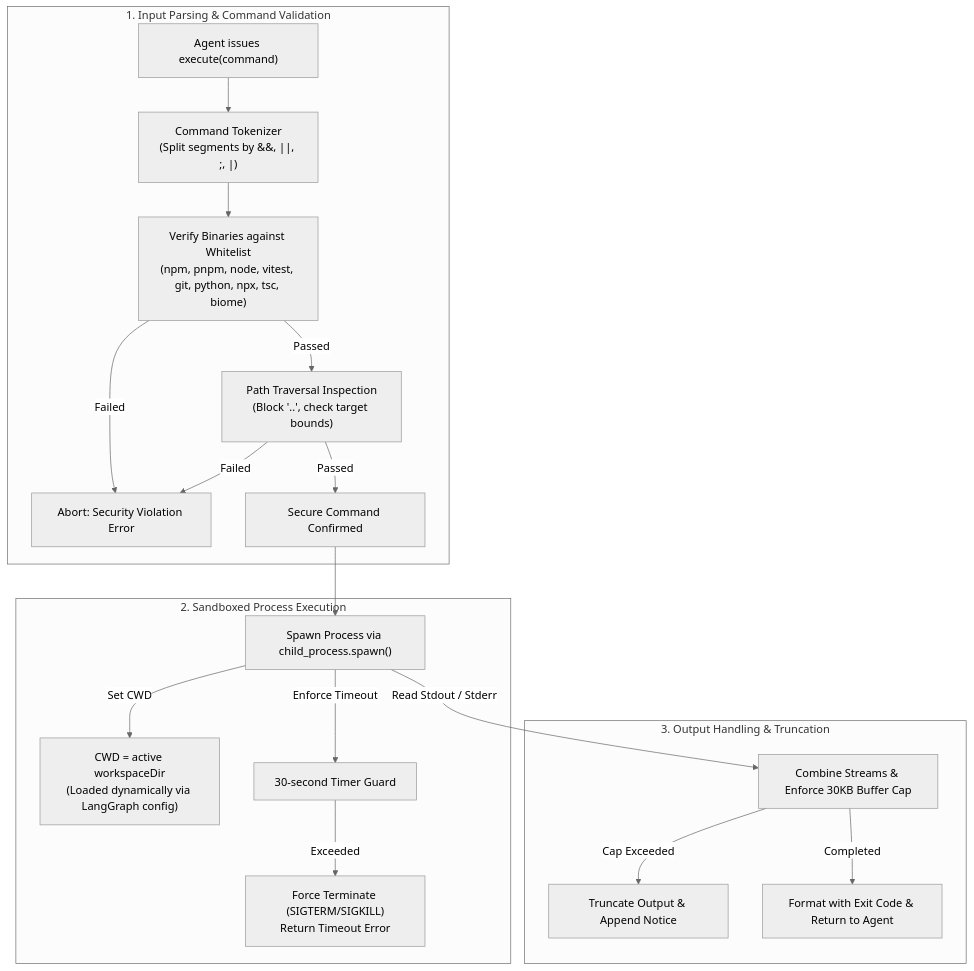
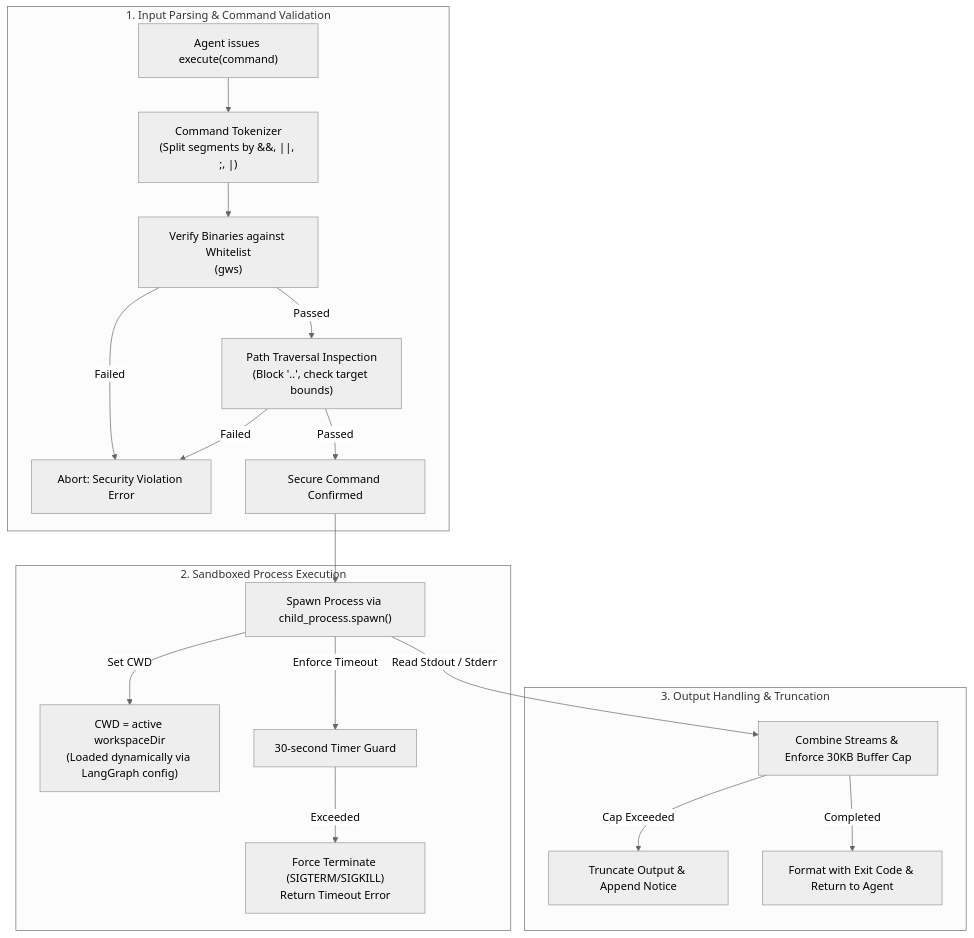
One commit to zAcherttp/miniclaw changed the second of 2 diagrams in docs/features.md. Above: the diagram before and after it, drawn with Mermaid (neutral theme). The commit also changed other lines of this file and 6 other files, not shown here.

````diff
--- a/docs/features.md
+++ b/docs/features.md
@@ -225,24 +225,24 @@
     ```mermaid
     graph TD
         subgraph Input_Processing["1. Input Parsing & Command Validation"]
             A["Agent issues execute(command)"] --> B["Command Tokenizer<br/>(Split segments by &&, ||, ;, |)"]
-            B --> C["Verify Binaries against Whitelist<br/>(npm, pnpm, node, vitest, git, python, npx, tsc, biome)"]
+            B --> C["Verify Binaries against Whitelist<br/>(gws)"]
             C -->|Failed| D["Abort: Security Violation Error"]
             C -->|Passed| E["Path Traversal Inspection<br/>(Block '..', check target bounds)"]
             E -->|Failed| D
             E -->|Passed| F["Secure Command Confirmed"]
         end
 
         subgraph Process_Execution["2. Sandboxed Process Execution"]
             F --> G["Spawn Process via child_process.spawn()"]
             G -->|Set CWD| H["CWD = active workspaceDir<br/>(Loaded dynamically via LangGraph config)"]
             G -->|Enforce Timeout| I["30-second Timer Guard"]
             I -->|Exceeded| J["Force Terminate (SIGTERM/SIGKILL)<br/>Return Timeout Error"]
         end
 
         subgraph Output_Sanitization["3. Output Handling & Truncation"]
             G -->|Read Stdout / Stderr| K["Combine Streams & Enforce 30KB Buffer Cap"]
             K -->|Cap Exceeded| L["Truncate Output & Append Notice"]
             K -->|Completed| M["Format with Exit Code & Return to Agent"]
         end
     ```
````
